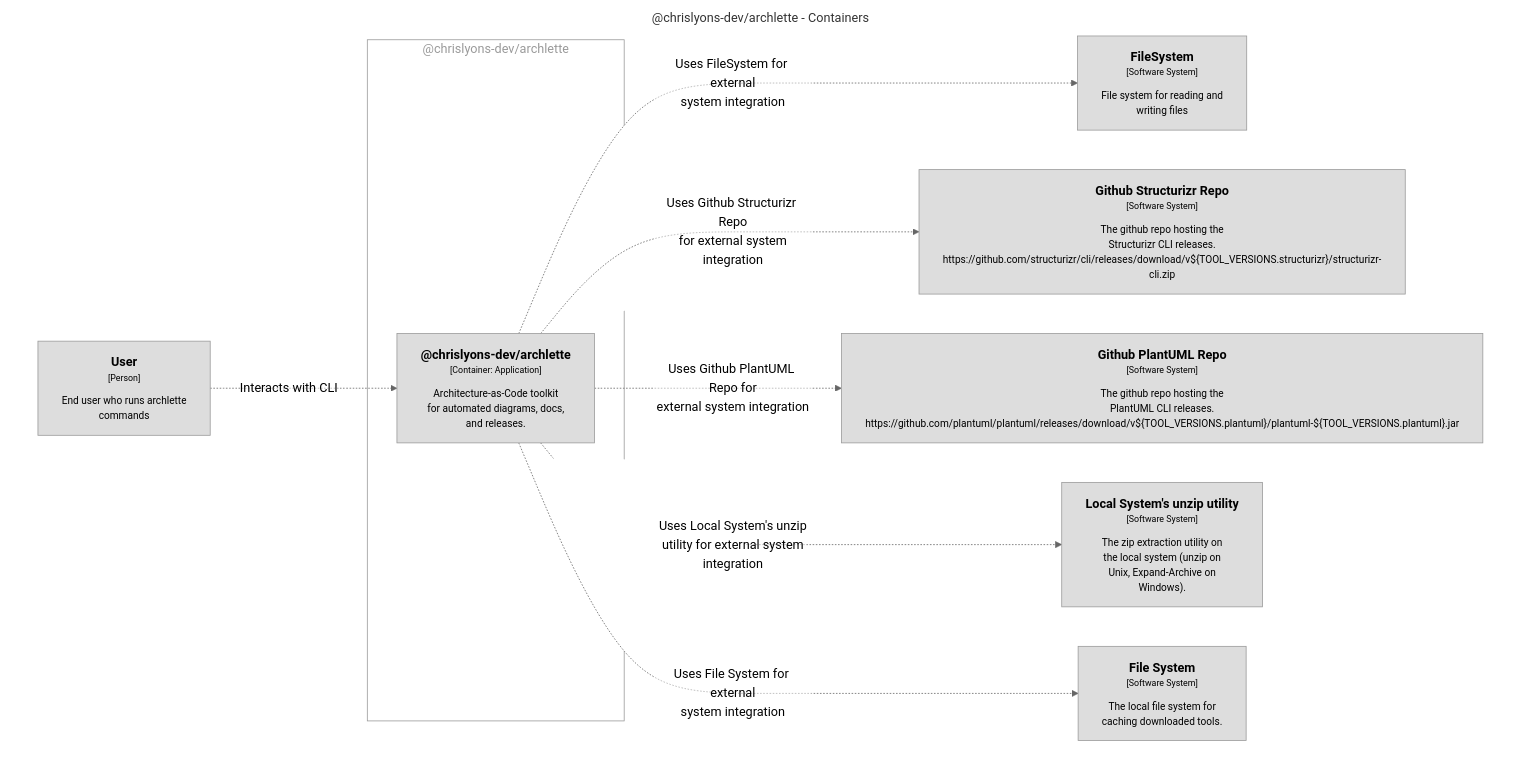
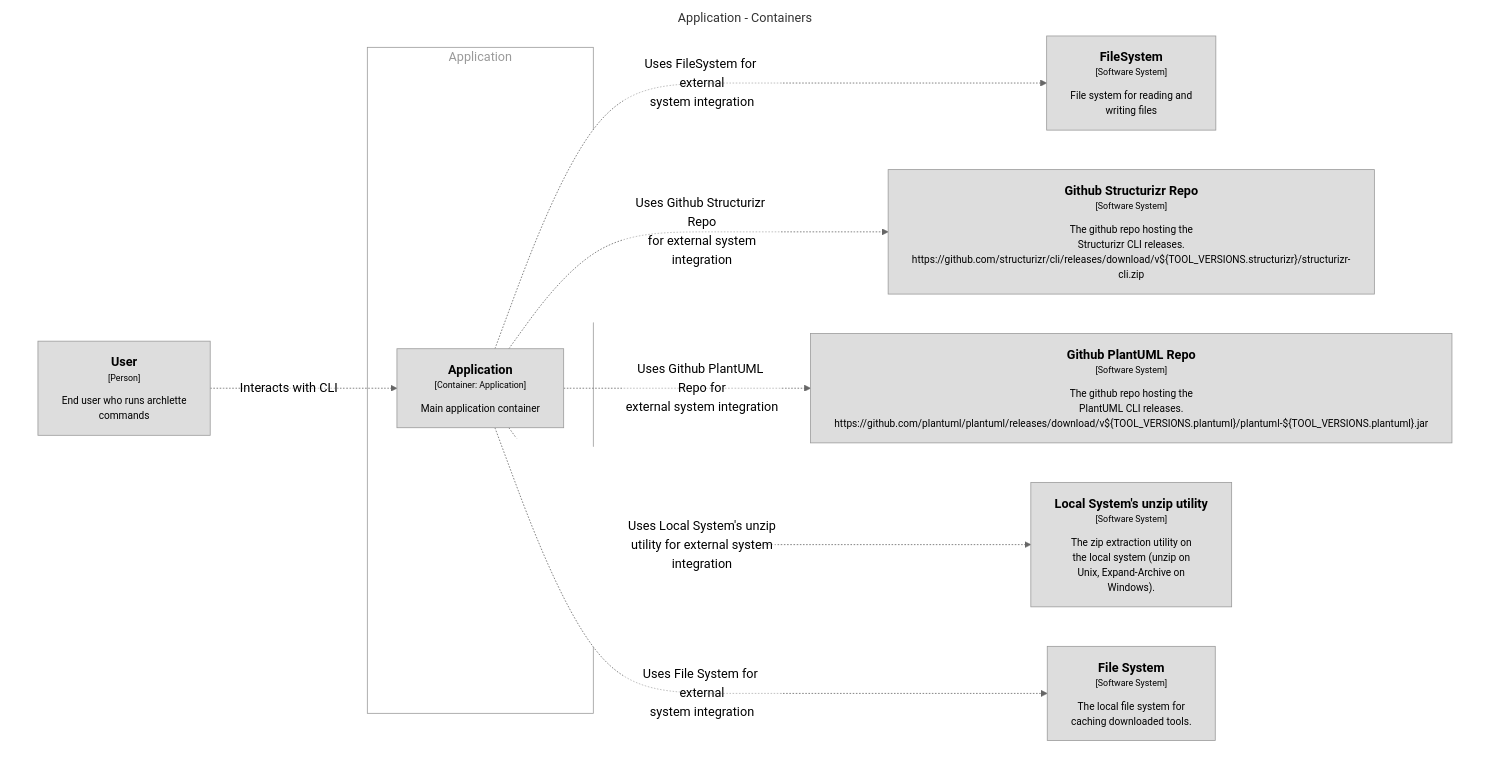
One commit to chrislyons-dev/archlette changed the diagram in docs/architecture/diagrams/mermaid/structurizr-Containers.mmd. Above: the diagram before and after it, drawn with Mermaid (neutral theme). The commit also changed 159 other files, not shown here.

```diff
--- a/docs/architecture/diagrams/mermaid/structurizr-Containers.mmd
+++ b/docs/architecture/diagrams/mermaid/structurizr-Containers.mmd
@@ -1,33 +1,33 @@
 graph TB
   linkStyle default fill:#ffffff
 
-  subgraph diagram ["@chrislyons-dev/archlette - Containers"]
+  subgraph diagram ["Application - Containers"]
     style diagram fill:#ffffff,stroke:#ffffff
 
     1["<div style='font-weight: bold'>User</div><div style='font-size: 70%; margin-top: 0px'>[Person]</div><div style='font-size: 80%; margin-top:10px'>End user who runs archlette<br />commands</div>"]
     style 1 fill:#dddddd,stroke:#9a9a9a,color:#000000
     2["<div style='font-weight: bold'>FileSystem</div><div style='font-size: 70%; margin-top: 0px'>[Software System]</div><div style='font-size: 80%; margin-top:10px'>File system for reading and<br />writing files</div>"]
     style 2 fill:#dddddd,stroke:#9a9a9a,color:#000000
     3["<div style='font-weight: bold'>Github Structurizr Repo</div><div style='font-size: 70%; margin-top: 0px'>[Software System]</div><div style='font-size: 80%; margin-top:10px'>The github repo hosting the<br />Structurizr CLI releases.<br />https://github.com/structurizr/cli/releases/download/v${TOOL_VERSIONS.structurizr}/structurizr-cli.zip</div>"]
     style 3 fill:#dddddd,stroke:#9a9a9a,color:#000000
     4["<div style='font-weight: bold'>Github PlantUML Repo</div><div style='font-size: 70%; margin-top: 0px'>[Software System]</div><div style='font-size: 80%; margin-top:10px'>The github repo hosting the<br />PlantUML CLI releases.<br />https://github.com/plantuml/plantuml/releases/download/v${TOOL_VERSIONS.plantuml}/plantuml-${TOOL_VERSIONS.plantuml}.jar</div>"]
     style 4 fill:#dddddd,stroke:#9a9a9a,color:#000000
     5["<div style='font-weight: bold'>Local System's unzip utility</div><div style='font-size: 70%; margin-top: 0px'>[Software System]</div><div style='font-size: 80%; margin-top:10px'>The zip extraction utility on<br />the local system (unzip on<br />Unix, Expand-Archive on<br />Windows).</div>"]
     style 5 fill:#dddddd,stroke:#9a9a9a,color:#000000
     6["<div style='font-weight: bold'>File System</div><div style='font-size: 70%; margin-top: 0px'>[Software System]</div><div style='font-size: 80%; margin-top:10px'>The local file system for<br />caching downloaded tools.</div>"]
     style 6 fill:#dddddd,stroke:#9a9a9a,color:#000000
 
-    subgraph 7 ["@chrislyons-dev/archlette"]
+    subgraph 7 ["Application"]
       style 7 fill:#ffffff,stroke:#9a9a9a,color:#9a9a9a
 
-      8["<div style='font-weight: bold'>@chrislyons-dev/archlette</div><div style='font-size: 70%; margin-top: 0px'>[Container: Application]</div><div style='font-size: 80%; margin-top:10px'>Architecture-as-Code toolkit<br />for automated diagrams, docs,<br />and releases.</div>"]
+      8["<div style='font-weight: bold'>Application</div><div style='font-size: 70%; margin-top: 0px'>[Container: Application]</div><div style='font-size: 80%; margin-top:10px'>Main application container</div>"]
       style 8 fill:#dddddd,stroke:#9a9a9a,color:#000000
     end
 
+    8-. "<div>Uses Local System's unzip<br />utility for external system<br />integration</div><div style='font-size: 70%'></div>" .->5
+    8-. "<div>Uses File System for external<br />system integration</div><div style='font-size: 70%'></div>" .->6
+    1-. "<div>Interacts with CLI</div><div style='font-size: 70%'></div>" .->8
     8-. "<div>Uses FileSystem for external<br />system integration</div><div style='font-size: 70%'></div>" .->2
     8-. "<div>Uses Github Structurizr Repo<br />for external system<br />integration</div><div style='font-size: 70%'></div>" .->3
     8-. "<div>Uses Github PlantUML Repo for<br />external system integration</div><div style='font-size: 70%'></div>" .->4
-    8-. "<div>Uses Local System's unzip<br />utility for external system<br />integration</div><div style='font-size: 70%'></div>" .->5
-    8-. "<div>Uses File System for external<br />system integration</div><div style='font-size: 70%'></div>" .->6
-    1-. "<div>Interacts with CLI</div><div style='font-size: 70%'></div>" .->8
   end
```
